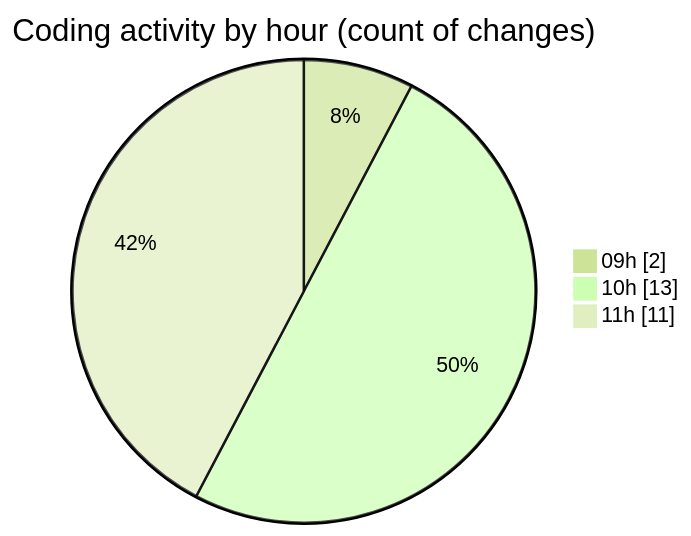
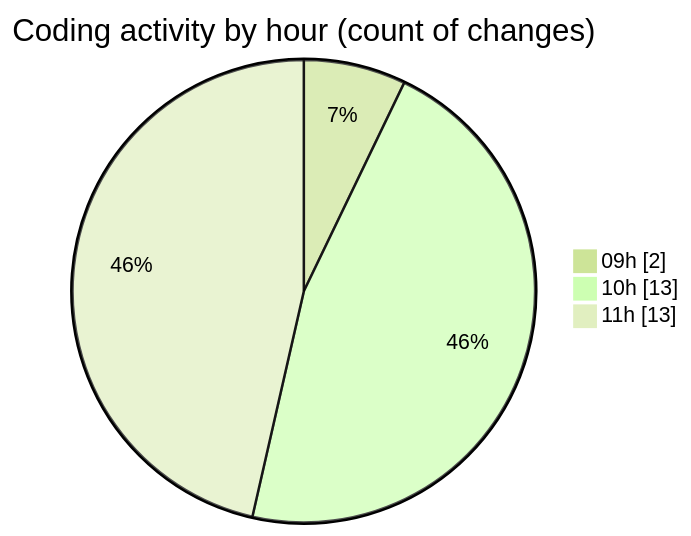
One commit to momahboobian/code-tracking changed the second of 2 diagrams in 2025-07-02/cda/README.md. Above: the diagram before and after it, drawn with Mermaid (forest theme). The commit also changed other lines of this file and 1 other file, not shown here.

````diff
--- a/2025-07-02/cda/README.md
+++ b/2025-07-02/cda/README.md
@@ -35,7 +35,7 @@
 ```mermaid
 pie showData
 title Coding activity by hour (count of changes)
 "09h" : 2
 "10h" : 13
-"11h" : 11
+"11h" : 13
 ```
````
